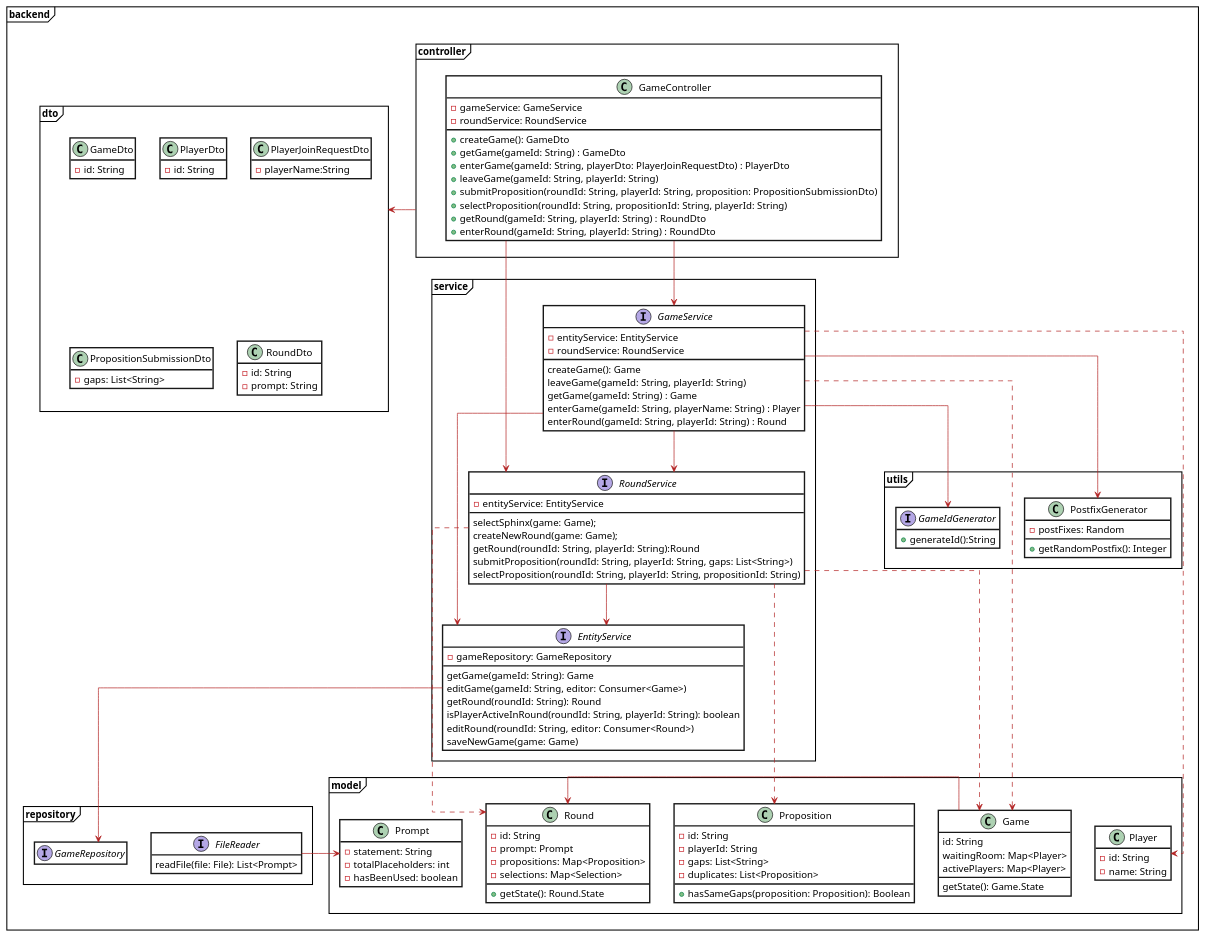
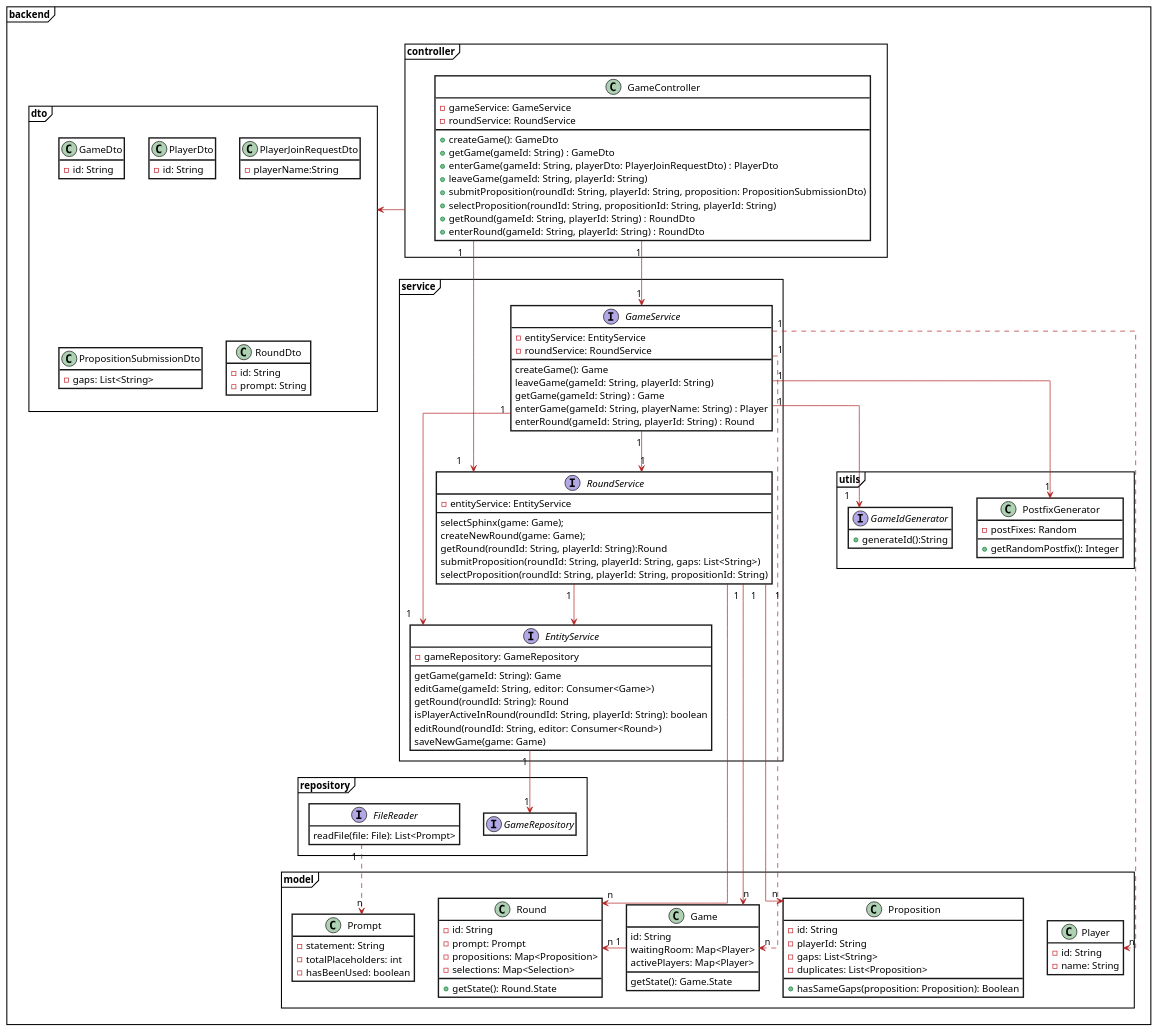
One commit to patrickwinti/worldwidewalter changed the diagram in docs/diagrams/DCD_full.plantuml. Above: the diagram before and after it, drawn with PlantUML. The commit also changed 6 other files, not shown here.

```diff
--- a/docs/diagrams/DCD_full.plantuml
+++ b/docs/diagrams/DCD_full.plantuml
@@ -1,150 +1,150 @@
 @startuml
 skinparam class {
     BackgroundColor white
     ArrowColor Firebrick
     BorderThickness 2
 }
 skinparam Note{
     BorderColor #FFD966
     BackgroundColor #FFD966
 }
 skinparam roundcorner 0
 skinparam packagestyle Frame
 hide empty members
 'left to right direction
 skinparam linetype ortho
 
 package backend{
     package controller {
         class GameController {
             -gameService: GameService
             -roundService: RoundService
             +createGame(): GameDto
             +getGame(gameId: String) : GameDto
             +enterGame(gameId: String, playerDto: PlayerJoinRequestDto) : PlayerDto
             +leaveGame(gameId: String, playerId: String)
             +submitProposition(roundId: String, playerId: String, proposition: PropositionSubmissionDto)
             +selectProposition(roundId: String, propositionId: String, playerId: String)
             +getRound(gameId: String, playerId: String) : RoundDto
             +enterRound(gameId: String, playerId: String) : RoundDto
         }
     }
     package dto {
         class GameDto {
            -id: String
         }
         class PlayerDto {
            -id: String
         }
         class PlayerJoinRequestDto {
             -playerName:String
         }
         class PropositionSubmissionDto {
             -gaps: List<String>
         }
         class RoundDto {
             -id: String
             -prompt: String
         }
     }
     package model {
         class Game {
             id: String
             waitingRoom: Map<Player>
             activePlayers: Map<Player>
             getState(): Game.State
         }
         class Prompt{
             -statement: String
             -totalPlaceholders: int
             -hasBeenUsed: boolean
         }
         class Proposition{
             -id: String
             -playerId: String
             -gaps: List<String>
             -duplicates: List<Proposition>
             +hasSameGaps(proposition: Proposition): Boolean
         }
         class Player {
               -id: String
               -name: String
         }
         class Round {
              -id: String
              -prompt: Prompt
              -propositions: Map<Proposition>
              -selections: Map<Selection>
              +getState(): Round.State
         }
     }
     package service {
         interface GameService{
             -entityService: EntityService
             -roundService: RoundService
            createGame(): Game
            leaveGame(gameId: String, playerId: String)
            getGame(gameId: String) : Game
            enterGame(gameId: String, playerName: String) : Player
            enterRound(gameId: String, playerId: String) : Round
         }
         interface RoundService{
             -entityService: EntityService
             selectSphinx(game: Game);
             createNewRound(game: Game);
             getRound(roundId: String, playerId: String):Round
             submitProposition(roundId: String, playerId: String, gaps: List<String>)
             selectProposition(roundId: String, playerId: String, propositionId: String)
         }
         interface EntityService{
            -gameRepository: GameRepository
             getGame(gameId: String): Game
             editGame(gameId: String, editor: Consumer<Game>)
             getRound(roundId: String): Round
             isPlayerActiveInRound(roundId: String, playerId: String): boolean
             editRound(roundId: String, editor: Consumer<Round>)
             saveNewGame(game: Game)
         }
     }
     package repository {
         interface GameRepository
          interface FileReader{
               readFile(file: File): List<Prompt>
          }
     }
 
     package utils{
         class PostfixGenerator {
             -postFixes: Random
             +getRandomPostfix(): Integer
         }
 
         interface GameIdGenerator {
             +generateId():String
         }
     }
 }
 
 controller ->dto
 
-GameController -> RoundService
-GameController --> GameService
+GameController "1"->"1" RoundService
+GameController "1"-->"1" GameService
 
-GameService ..> Game
-GameService ..> Player
-GameService --> EntityService
-GameService --> PostfixGenerator
-GameService --> GameIdGenerator
-GameService --> RoundService
+GameService "1"..>"n" Game
+GameService "1"..>"n" Player
+GameService "1"-->"1" EntityService
+GameService "1"-->"1" PostfixGenerator
+GameService "1"-->"1" GameIdGenerator
+GameService "1"-->"1" RoundService
 
-RoundService ..>Game
-RoundService ..>Round
-RoundService ..> Proposition
-RoundService --> EntityService
+RoundService "1"-->"n" Game
+RoundService "1"-->"n" Round
+RoundService "1"-->"n"  Proposition
+RoundService "1"--> EntityService
 
-EntityService --> GameRepository
+EntityService "1"-->"1" GameRepository
 
-FileReader -> Prompt
+FileReader "1"..>"n" Prompt
 
-Game -> Round
+Game "1"->"n" Round
 @enduml
```
